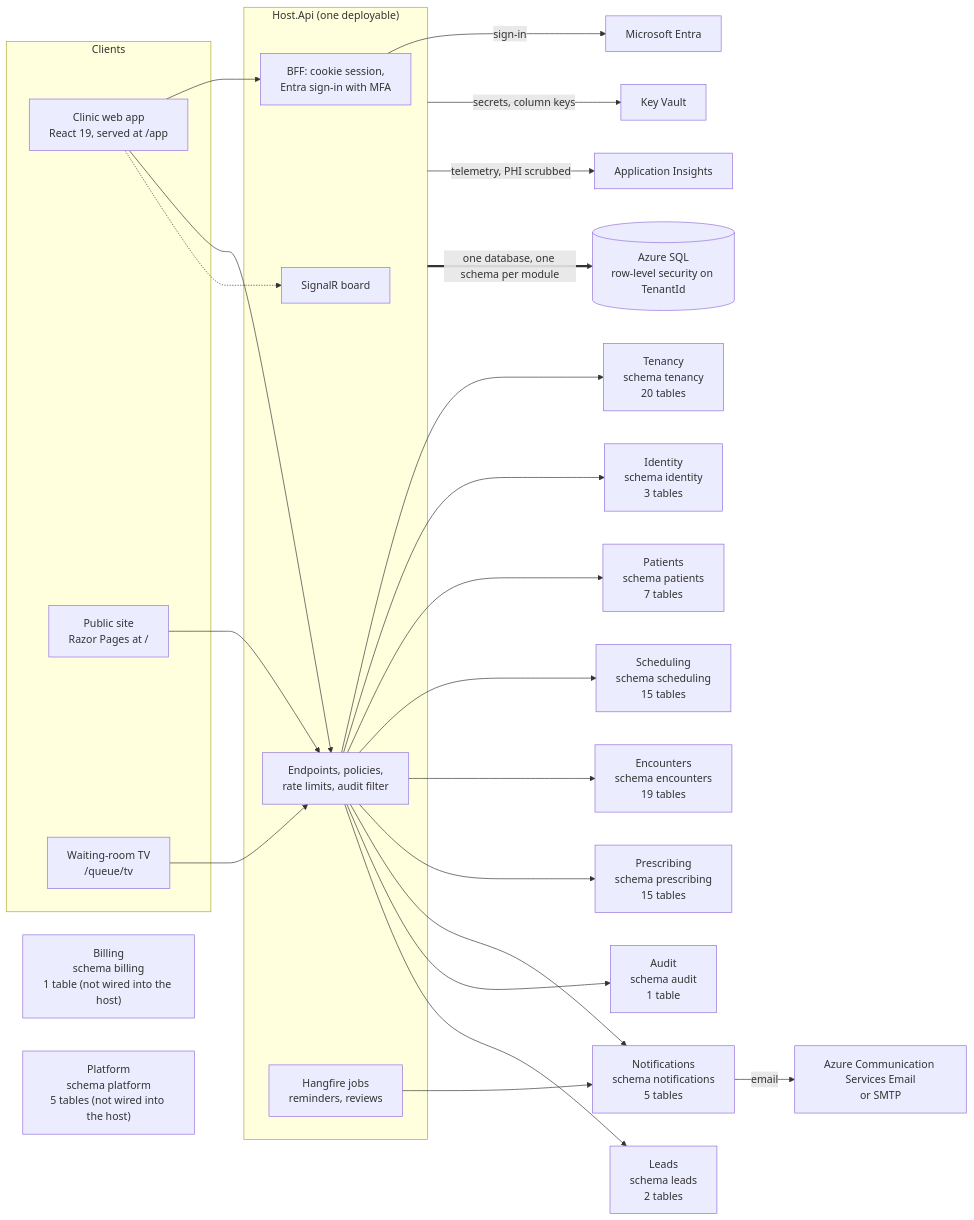
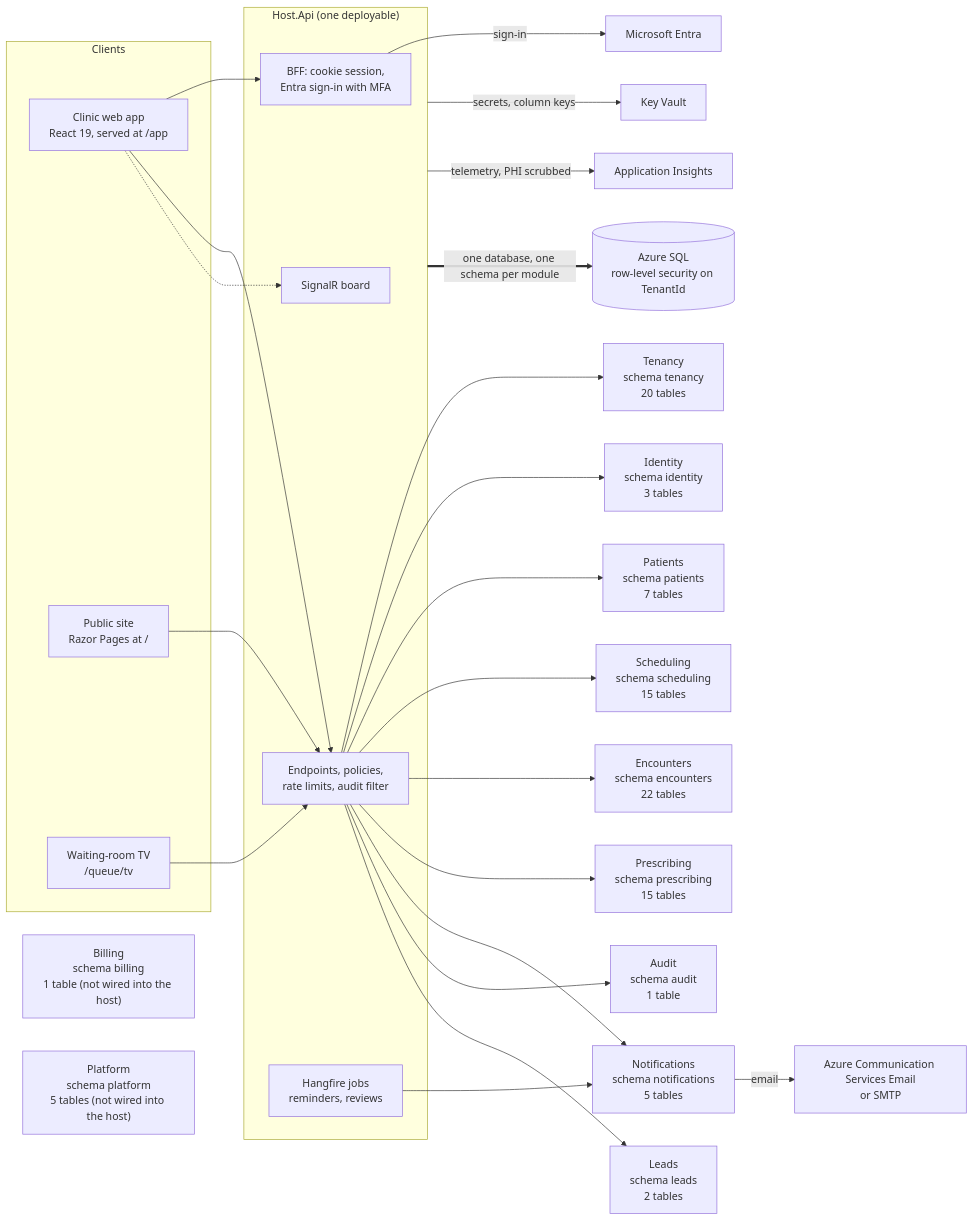
One commit to ALFRED-LUCIFER/medvya changed the first of 14 diagrams in docs/03-architecture/erd.md. Above: the diagram before and after it, drawn with Mermaid. The commit also changed other lines of this file and 19 other files, not shown here.

````diff
--- a/docs/03-architecture/erd.md
+++ b/docs/03-architecture/erd.md
@@ -15,36 +15,36 @@
 ```mermaid
 flowchart LR
   subgraph Clients
     web["Clinic web app<br/>React 19, served at /app"]
     site["Public site<br/>Razor Pages at /"]
     tv["Waiting-room TV<br/>/queue/tv"]
   end
   subgraph Host["Host.Api (one deployable)"]
     bff["BFF: cookie session,<br/>Entra sign-in with MFA"]
     api["Endpoints, policies,<br/>rate limits, audit filter"]
     hub["SignalR board"]
     jobs["Hangfire jobs<br/>reminders, reviews"]
   end
   web --> bff
   web --> api
   web -.-> hub
   tv --> api
   site --> api
   api --> Tenancy["Tenancy<br/>schema tenancy<br/>20 tables"]
   api --> Identity["Identity<br/>schema identity<br/>3 tables"]
   api --> Patients["Patients<br/>schema patients<br/>7 tables"]
   api --> Scheduling["Scheduling<br/>schema scheduling<br/>15 tables"]
-  api --> Encounters["Encounters<br/>schema encounters<br/>19 tables"]
+  api --> Encounters["Encounters<br/>schema encounters<br/>22 tables"]
   api --> Prescribing["Prescribing<br/>schema prescribing<br/>15 tables"]
   api --> Notifications["Notifications<br/>schema notifications<br/>5 tables"]
   api --> Audit["Audit<br/>schema audit<br/>1 table"]
   api --> Leads["Leads<br/>schema leads<br/>2 tables"]
   Billing["Billing<br/>schema billing<br/>1 table (not wired into the host)"]
   Platform["Platform<br/>schema platform<br/>5 tables (not wired into the host)"]
   jobs --> Notifications
   bff -->|"sign-in"| entra["Microsoft Entra"]
   Notifications -->|"email"| mail["Azure Communication Services Email<br/>or SMTP"]
   Host -->|"secrets, column keys"| kv["Key Vault"]
   Host -->|"telemetry, PHI scrubbed"| ai["Application Insights"]
   Host ==>|"one database, one schema per module"| sql[("Azure SQL<br/>row-level security on TenantId")]
 ```
````
